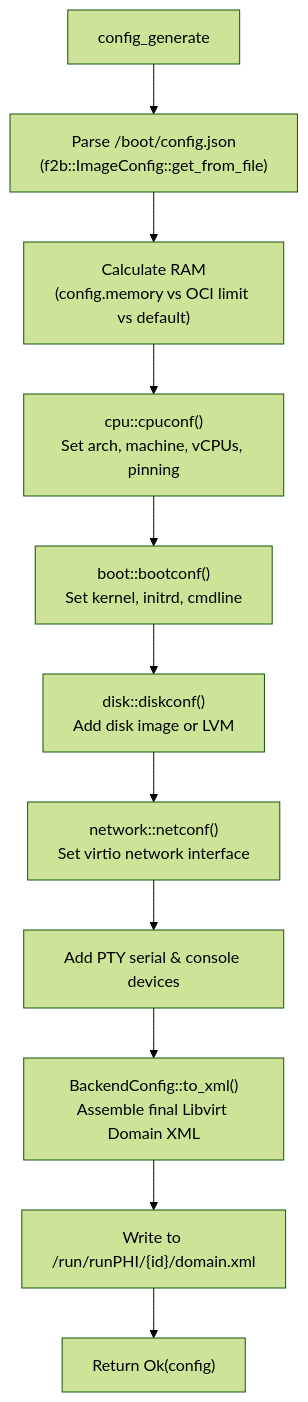
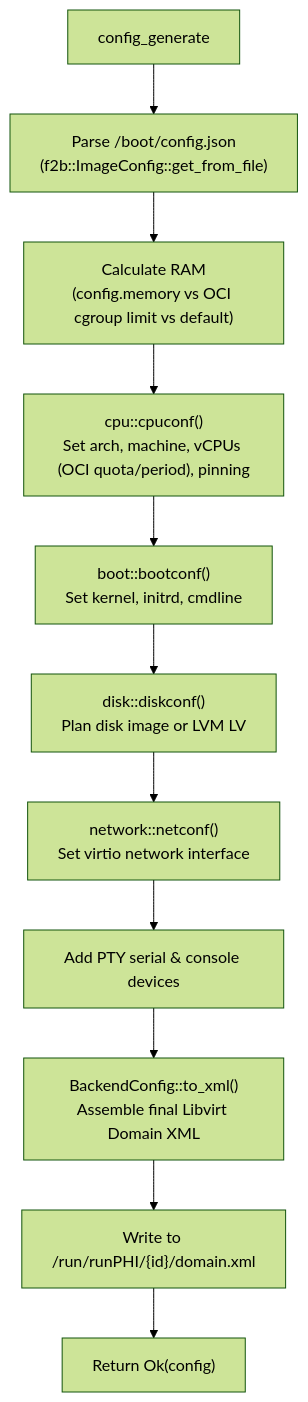
The first of 4 diagrams in doc/backend_kvm_docs/config_generator.md (kwarki/runphi_manager), drawn with Mermaid (forest theme) before and after one commit. The commit also changed other lines of this file and 5 other files, not shown here.

````diff
--- a/doc/backend_kvm_docs/config_generator.md
+++ b/doc/backend_kvm_docs/config_generator.md
@@ -48,13 +50,13 @@
 ```mermaid
 flowchart TD
     start["config_generate"] --> parse_cfg["Parse /boot/config.json<br/>(f2b::ImageConfig::get_from_file)"]
-    parse_cfg --> mem_calc["Calculate RAM<br/>(config.memory vs OCI limit vs default)"]
-    mem_calc --> sub_cpu["cpu::cpuconf()<br/>Set arch, machine, vCPUs, pinning"]
+    parse_cfg --> mem_calc["Calculate RAM<br/>(config.memory vs OCI cgroup limit vs default)"]
+    mem_calc --> sub_cpu["cpu::cpuconf()<br/>Set arch, machine, vCPUs (OCI quota/period), pinning"]
     sub_cpu --> sub_boot["boot::bootconf()<br/>Set kernel, initrd, cmdline"]
-    sub_boot --> sub_disk["disk::diskconf()<br/>Add disk image or LVM"]
+    sub_boot --> sub_disk["disk::diskconf()<br/>Plan disk image or LVM LV"]
     sub_disk --> sub_net["network::netconf()<br/>Set virtio network interface"]
     sub_net --> add_pty["Add PTY serial & console devices"]
     add_pty --> to_xml["BackendConfig::to_xml()<br/>Assemble final Libvirt Domain XML"]
     to_xml --> write_disk["Write to /run/runPHI/{id}/domain.xml"]
     write_disk --> finish["Return Ok(config)"]
 ```
````
